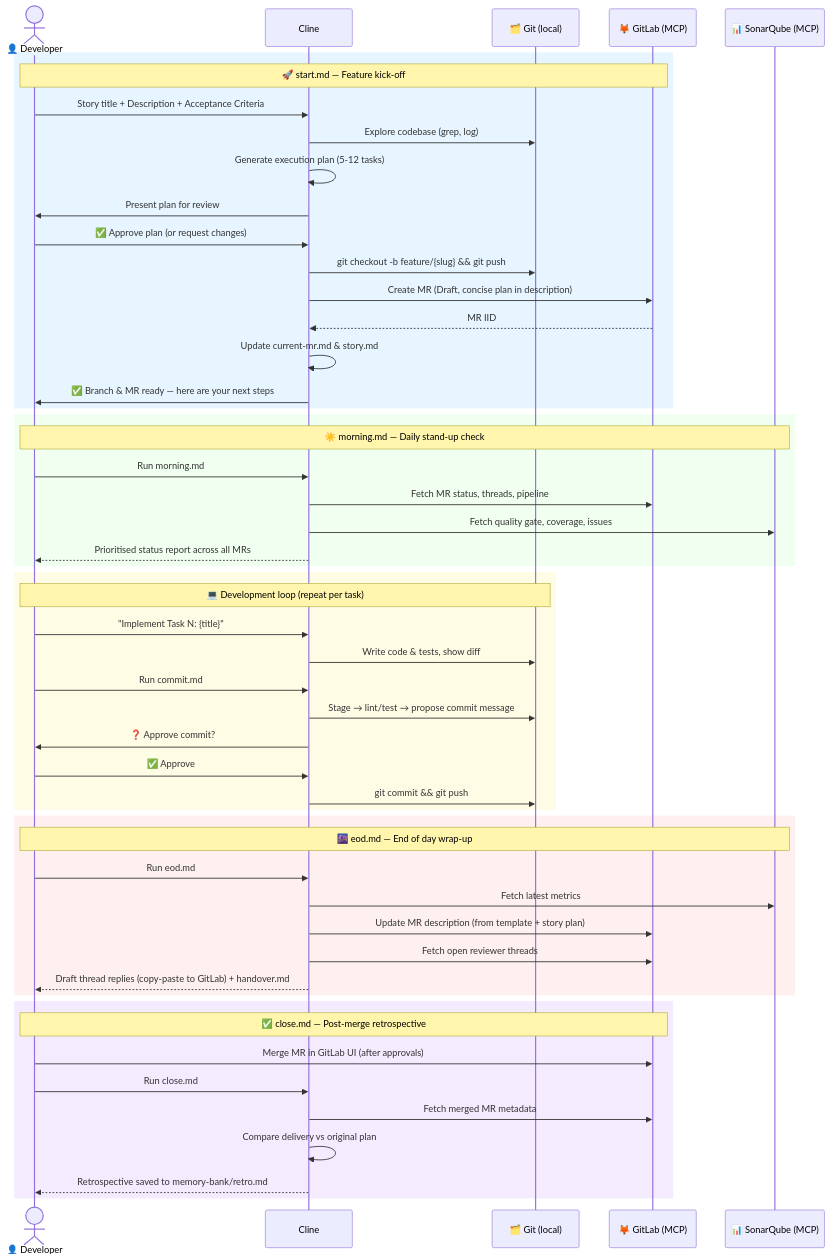
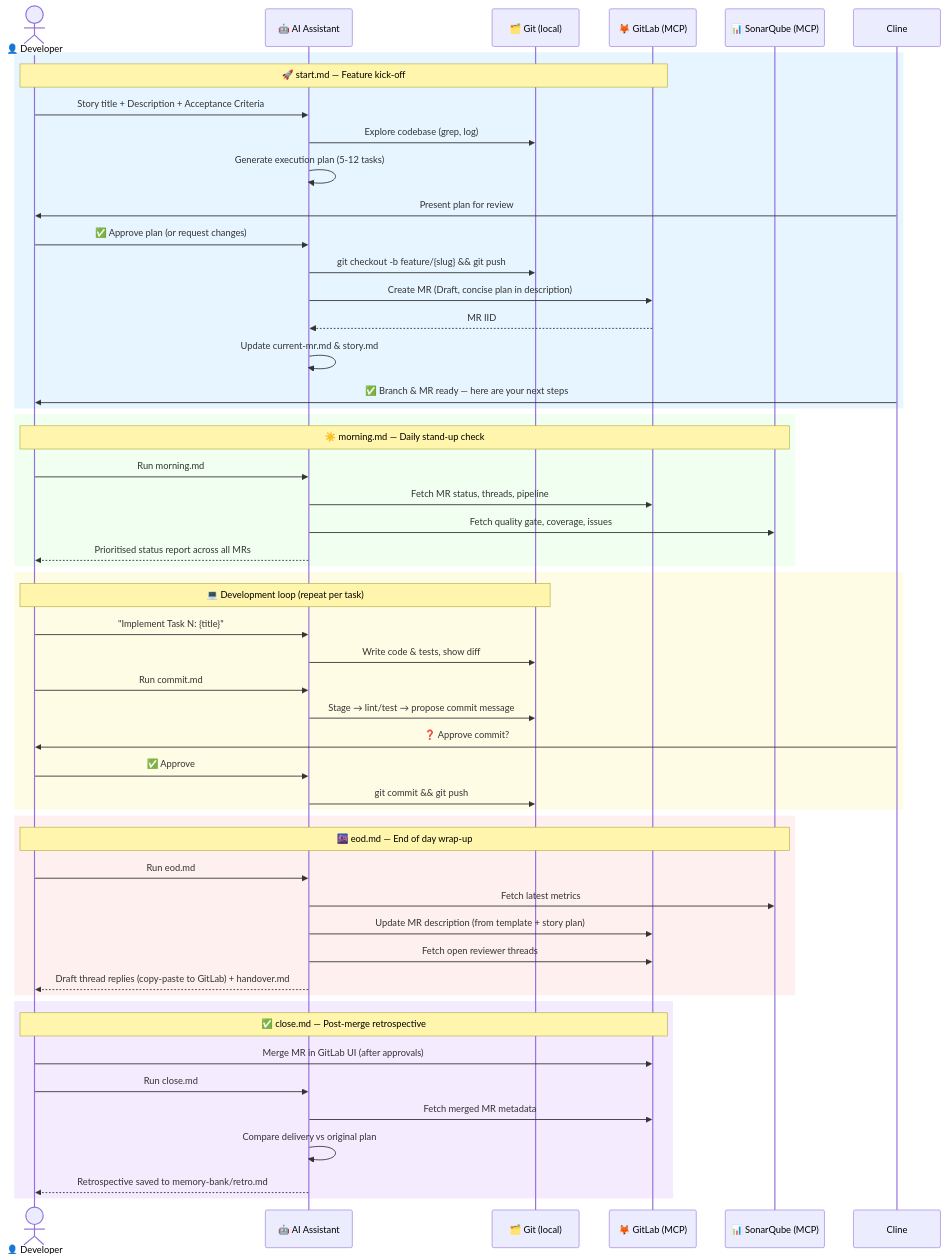
Before and after one commit to siwardean/cline-workflow: the diagram in README.md, drawn with Mermaid. The commit also changed other lines of this file and 13 other files, not shown here.

First line of the commit message:
feat: make workflows generic for Kilo Code, Cursor, and OpenCode

````diff
--- a/README.md
+++ b/README.md
@@ -13,59 +13,59 @@
 ```mermaid
 sequenceDiagram
     actor Dev as 👤 Developer
-    participant Cline
+    participant AI as 🤖 AI Assistant
     participant Git as 🗂️ Git (local)
     participant GL as 🦊 GitLab (MCP)
     participant SQ as 📊 SonarQube (MCP)
 
     rect rgb(230, 245, 255)
         Note over Dev,GL: 🚀 start.md — Feature kick-off
-        Dev->>Cline: Story title + Description + Acceptance Criteria
-        Cline->>Git: Explore codebase (grep, log)
-        Cline->>Cline: Generate execution plan (5-12 tasks)
+        Dev->>AI: Story title + Description + Acceptance Criteria
+        AI->>Git: Explore codebase (grep, log)
+        AI->>AI: Generate execution plan (5-12 tasks)
         Cline->>Dev: Present plan for review
-        Dev->>Cline: ✅ Approve plan (or request changes)
-        Cline->>Git: git checkout -b feature/{slug} && git push
-        Cline->>GL: Create MR (Draft, concise plan in description)
-        GL-->>Cline: MR IID
-        Cline->>Cline: Update current-mr.md & story.md
+        Dev->>AI: ✅ Approve plan (or request changes)
+        AI->>Git: git checkout -b feature/{slug} && git push
+        AI->>GL: Create MR (Draft, concise plan in description)
+        GL-->>AI: MR IID
+        AI->>AI: Update current-mr.md & story.md
         Cline->>Dev: ✅ Branch & MR ready — here are your next steps
     end
 
     rect rgb(240, 255, 240)
         Note over Dev,SQ: ☀️ morning.md — Daily stand-up check
-        Dev->>Cline: Run morning.md
-        Cline->>GL: Fetch MR status, threads, pipeline
-        Cline->>SQ: Fetch quality gate, coverage, issues
-        Cline-->>Dev: Prioritised status report across all MRs
+        Dev->>AI: Run morning.md
+        AI->>GL: Fetch MR status, threads, pipeline
+        AI->>SQ: Fetch quality gate, coverage, issues
+        AI-->>Dev: Prioritised status report across all MRs
     end
 
     rect rgb(255, 252, 230)
         Note over Dev,Git: 💻 Development loop (repeat per task)
-        Dev->>Cline: "Implement Task N: {title}"
-        Cline->>Git: Write code & tests, show diff
-        Dev->>Cline: Run commit.md
-        Cline->>Git: Stage → lint/test → propose commit message
+        Dev->>AI: "Implement Task N: {title}"
+        AI->>Git: Write code & tests, show diff
+        Dev->>AI: Run commit.md
+        AI->>Git: Stage → lint/test → propose commit message
         Cline->>Dev: ❓ Approve commit?
-        Dev->>Cline: ✅ Approve
-        Cline->>Git: git commit && git push
+        Dev->>AI: ✅ Approve
+        AI->>Git: git commit && git push
     end
 
     rect rgb(255, 240, 240)
         Note over Dev,SQ: 🌆 eod.md — End of day wrap-up
-        Dev->>Cline: Run eod.md
-        Cline->>SQ: Fetch latest metrics
-        Cline->>GL: Update MR description (from template + story plan)
-        Cline->>GL: Fetch open reviewer threads
-        Cline-->>Dev: Draft thread replies (copy-paste to GitLab) + handover.md
+        Dev->>AI: Run eod.md
+        AI->>SQ: Fetch latest metrics
+        AI->>GL: Update MR description (from template + story plan)
+        AI->>GL: Fetch open reviewer threads
+        AI-->>Dev: Draft thread replies (copy-paste to GitLab) + handover.md
     end
 
     rect rgb(245, 235, 255)
         Note over Dev,GL: ✅ close.md — Post-merge retrospective
         Dev->>GL: Merge MR in GitLab UI (after approvals)
-        Dev->>Cline: Run close.md
-        Cline->>GL: Fetch merged MR metadata
-        Cline->>Cline: Compare delivery vs original plan
-        Cline-->>Dev: Retrospective saved to memory-bank/retro.md
+        Dev->>AI: Run close.md
+        AI->>GL: Fetch merged MR metadata
+        AI->>AI: Compare delivery vs original plan
+        AI-->>Dev: Retrospective saved to memory-bank/retro.md
     end
 ```
````
